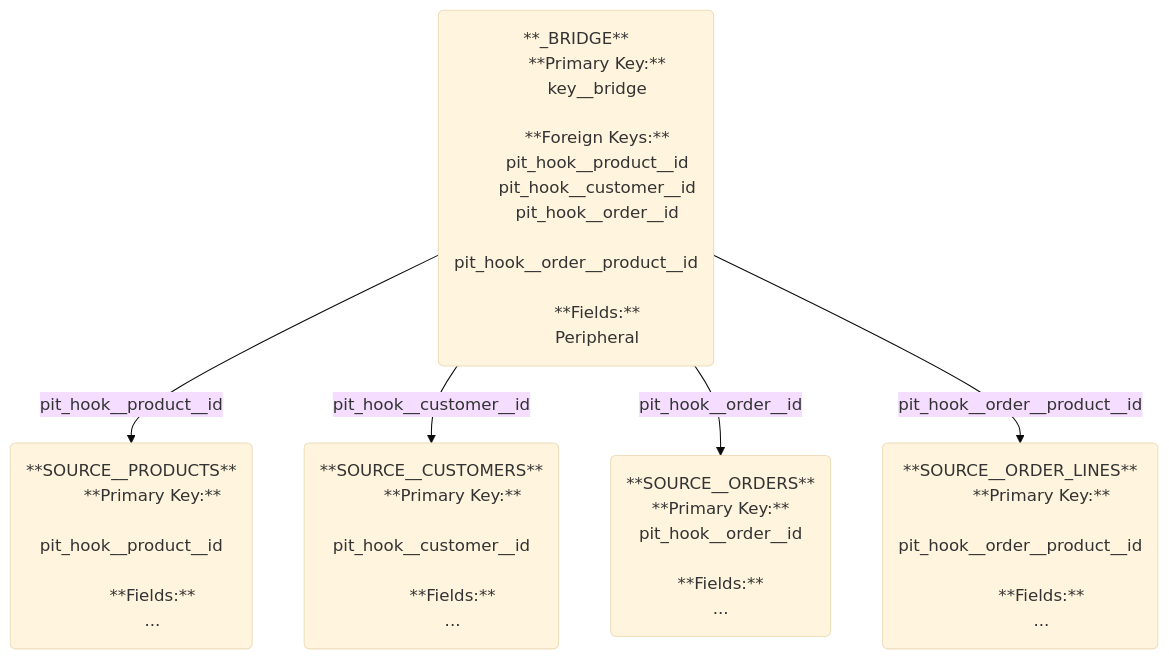
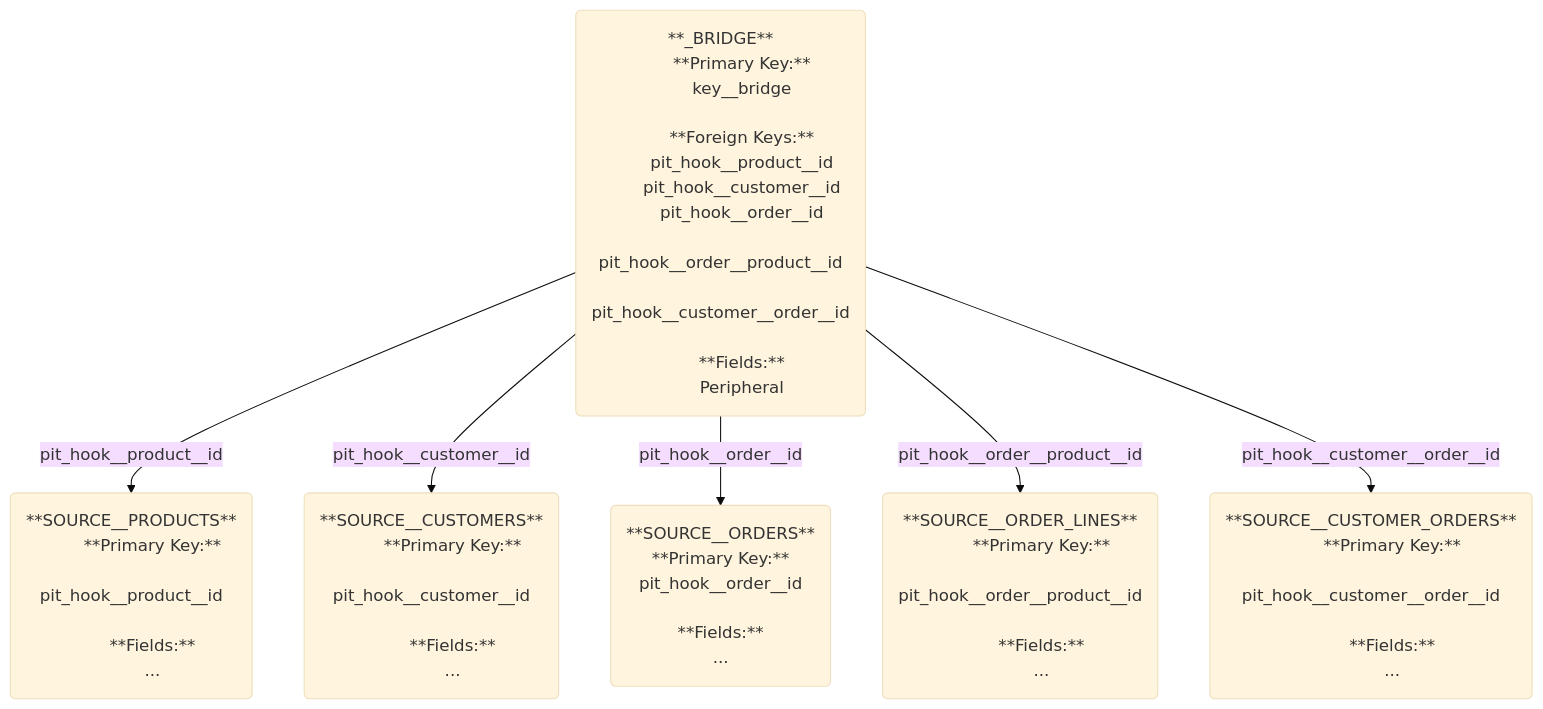
One commit to mattiasthalen/hook-forge changed the second of 2 diagrams in test/fixtures/documentation.md. Above: the diagram before and after it, drawn with Mermaid (base theme). The commit also changed other lines of this file and 1 other file, not shown here.

````diff
--- a/test/fixtures/documentation.md
+++ b/test/fixtures/documentation.md
@@ -65,60 +81,71 @@
 ```mermaid
 flowchart TD
     %% Entities
     bridge("
         **_BRIDGE**
         **Primary Key:**
         key__bridge
         &nbsp;
         **Foreign Keys:**
         pit_hook__product__id
         pit_hook__customer__id
         pit_hook__order__id
         pit_hook__order__product__id
+        pit_hook__customer__order__id
         &nbsp;
         **Fields:**
         Peripheral
     ")
     source__products("
         **SOURCE__PRODUCTS**
         **Primary Key:**
         pit_hook__product__id
         &nbsp;
         **Fields:**
         ...
     ")
 
     source__customers("
         **SOURCE__CUSTOMERS**
         **Primary Key:**
         pit_hook__customer__id
         &nbsp;
         **Fields:**
         ...
     ")
 
     source__orders("
         **SOURCE__ORDERS**
         **Primary Key:**
         pit_hook__order__id
         &nbsp;
         **Fields:**
         ...
     ")
 
     source__order_lines("
         **SOURCE__ORDER_LINES**
         **Primary Key:**
         pit_hook__order__product__id
         &nbsp;
         **Fields:**
         ...
     ")
 
+    source__customer_orders("
+        **SOURCE__CUSTOMER_ORDERS**
+        **Primary Key:**
+        pit_hook__customer__order__id
+        &nbsp;
+        **Fields:**
+        ...
+    ")
+
     %% Relations
     bridge -- pit_hook__product__id --> source__products
     bridge -- pit_hook__customer__id --> source__customers
     bridge -- pit_hook__order__id --> source__orders
     bridge -- pit_hook__order__product__id --> source__order_lines
+    bridge -- pit_hook__customer__order__id --> source__customer_orders
 
 ```
````
